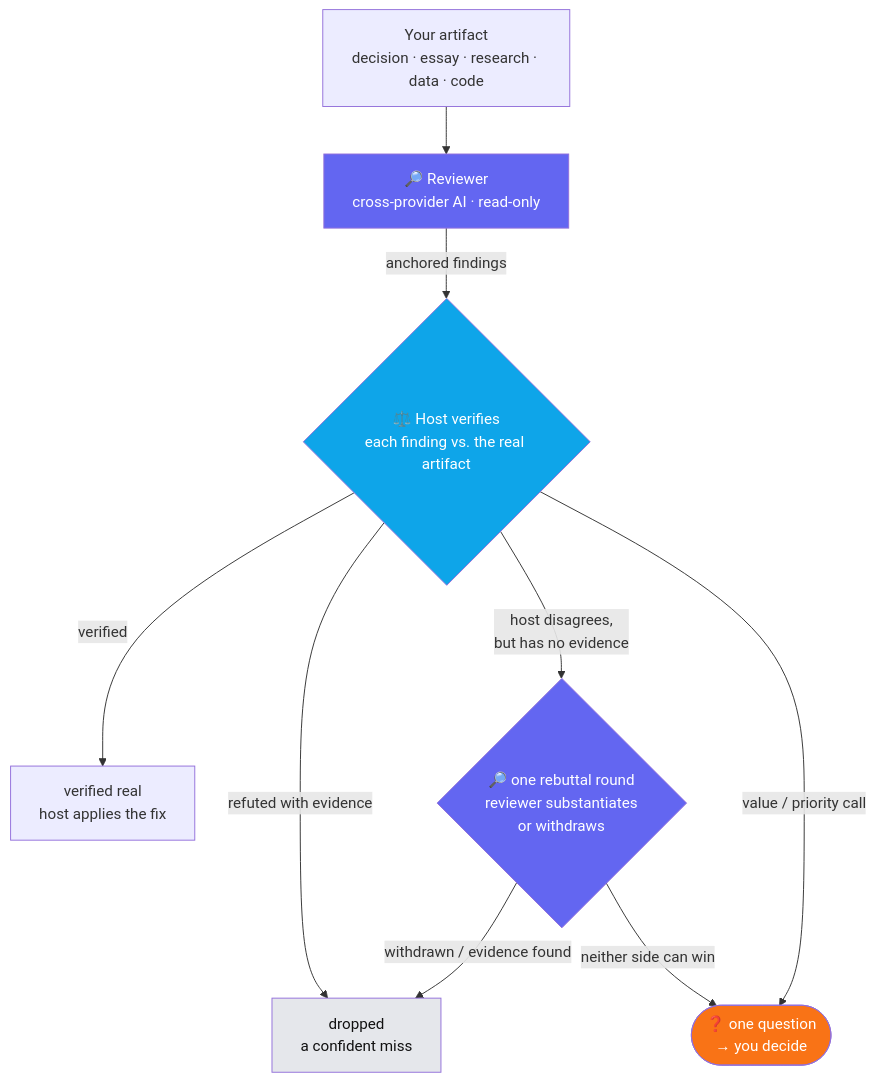
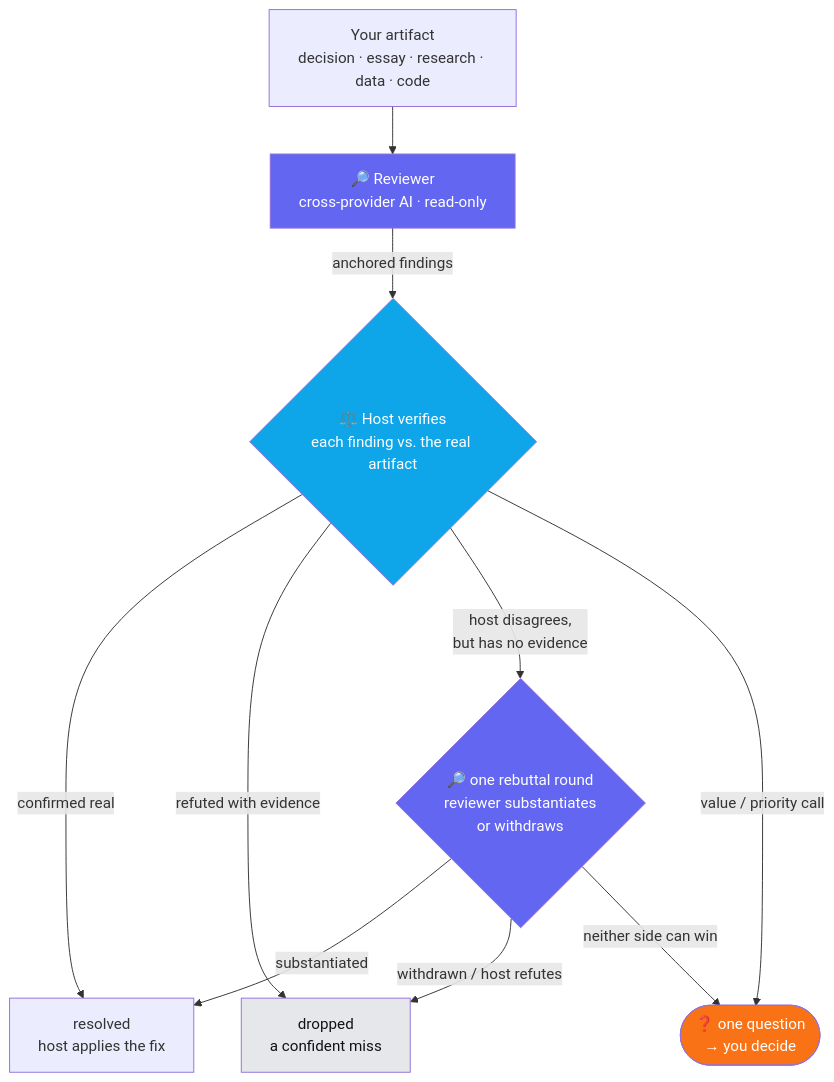
One commit to windaddict/impasse changed the first of 2 diagrams in README.md. Above: the diagram before and after it, drawn with Mermaid. The commit also changed other lines of this file, not shown here.

````diff
--- a/README.md
+++ b/README.md
@@ -12,16 +15,17 @@
 ```mermaid
 flowchart TB
     A["Your artifact<br/>decision · essay · research · data · code"] --> R["🔎 Reviewer<br/>cross-provider AI · read-only"]
     R -->|"anchored findings"| V{"⚖️ Host verifies<br/>each finding vs. the real artifact"}
-    V -->|"verified"| F["verified real<br/>host applies the fix"]
+    V -->|"confirmed real"| F["resolved<br/>host applies the fix"]
     V -->|"refuted with evidence"| X["dropped<br/>a confident miss"]
     V -->|"host disagrees,<br/>but has no evidence"| RB{"🔎 one rebuttal round<br/>reviewer substantiates<br/>or withdraws"}
     V -->|"value / priority call"| Q(["❓ one question<br/>→ you decide"])
-    RB -->|"withdrawn / evidence found"| X
+    RB -->|"substantiated"| F
+    RB -->|"withdrawn / host refutes"| X
     RB -->|"neither side can win"| Q
     style R fill:#6366f1,color:#fff
     style RB fill:#6366f1,color:#fff
     style V fill:#0ea5e9,color:#fff
     style Q fill:#f97316,color:#fff
     style X fill:#e5e7eb,color:#111
 ```
````
